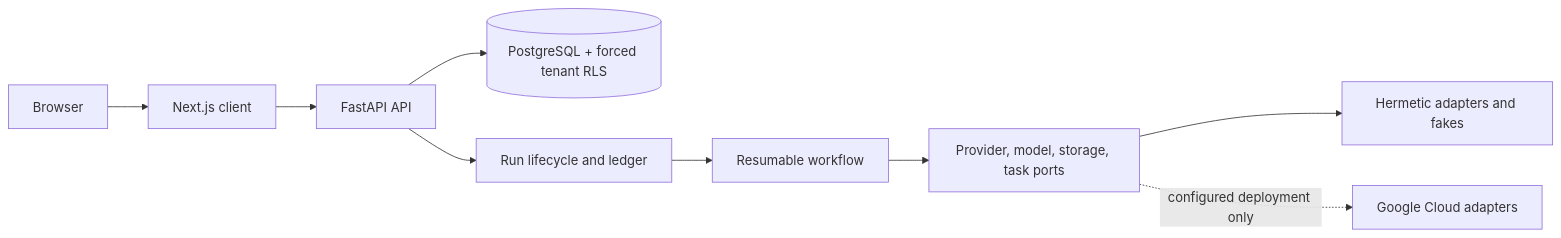
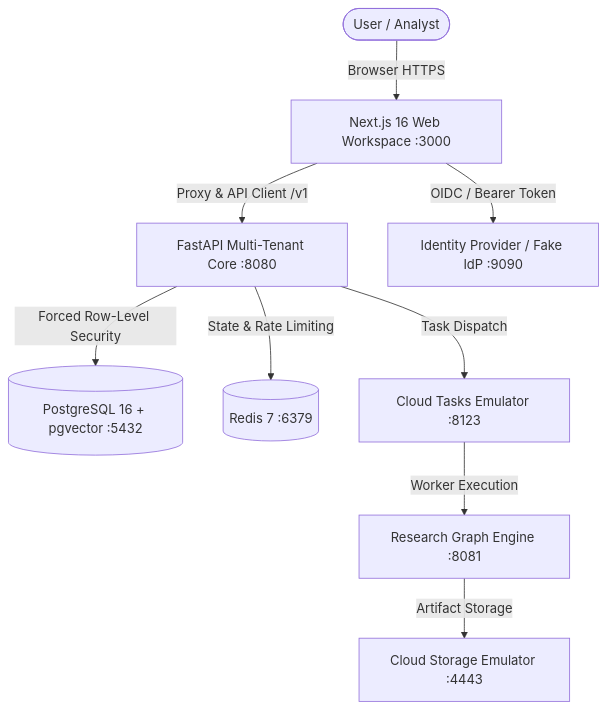
The diagram in README.md (go6th/ABM), drawn with Mermaid before and after one commit. The commit also changed other lines of this file and 3 other files, not shown here.

Commit message:
docs: comprehensive production architecture, deployment, and testing documentation

````diff
--- a/README.md
+++ b/README.md
@@ -26,11 +9,11 @@
 ```mermaid
-flowchart LR
-  Browser --> Web[Next.js client]
-  Web --> API[FastAPI API]
-  API --> DB[(PostgreSQL + forced tenant RLS)]
-  API --> Lifecycle[Run lifecycle and ledger]
-  Lifecycle --> Workflow[Resumable workflow]
-  Workflow --> Ports[Provider, model, storage, task ports]
-  Ports --> Local[Hermetic adapters and fakes]
-  Ports -. configured deployment only .-> Cloud[Google Cloud adapters]
+flowchart TD
+  User([User / Analyst]) -->|Browser HTTPS| Web[Next.js 16 Web Workspace :3000]
+  Web -->|Proxy & API Client /v1| API[FastAPI Multi-Tenant Core :8080]
+  API -->|Forced Row-Level Security| DB[(PostgreSQL 16 + pgvector :5432)]
+  API -->|State & Rate Limiting| Redis[(Redis 7 :6379)]
+  API -->|Task Dispatch| Tasks[Cloud Tasks Emulator :8123]
+  Tasks -->|Worker Execution| Worker[Research Graph Engine :8081]
+  Worker -->|Artifact Storage| GCS[Cloud Storage Emulator :4443]
+  Web -->|OIDC / Bearer Token| IDP[Identity Provider / Fake IdP :9090]
 ```
````
